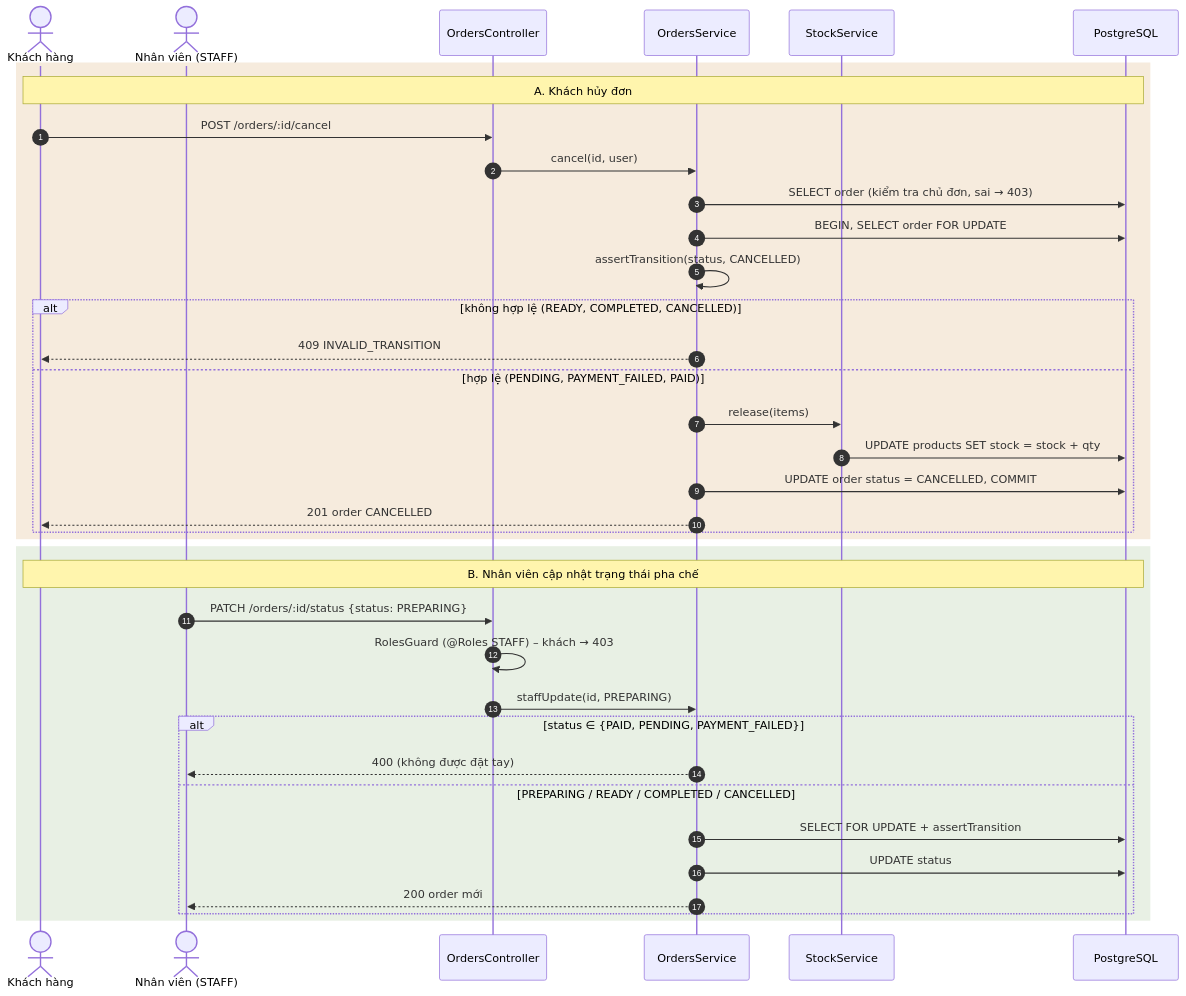
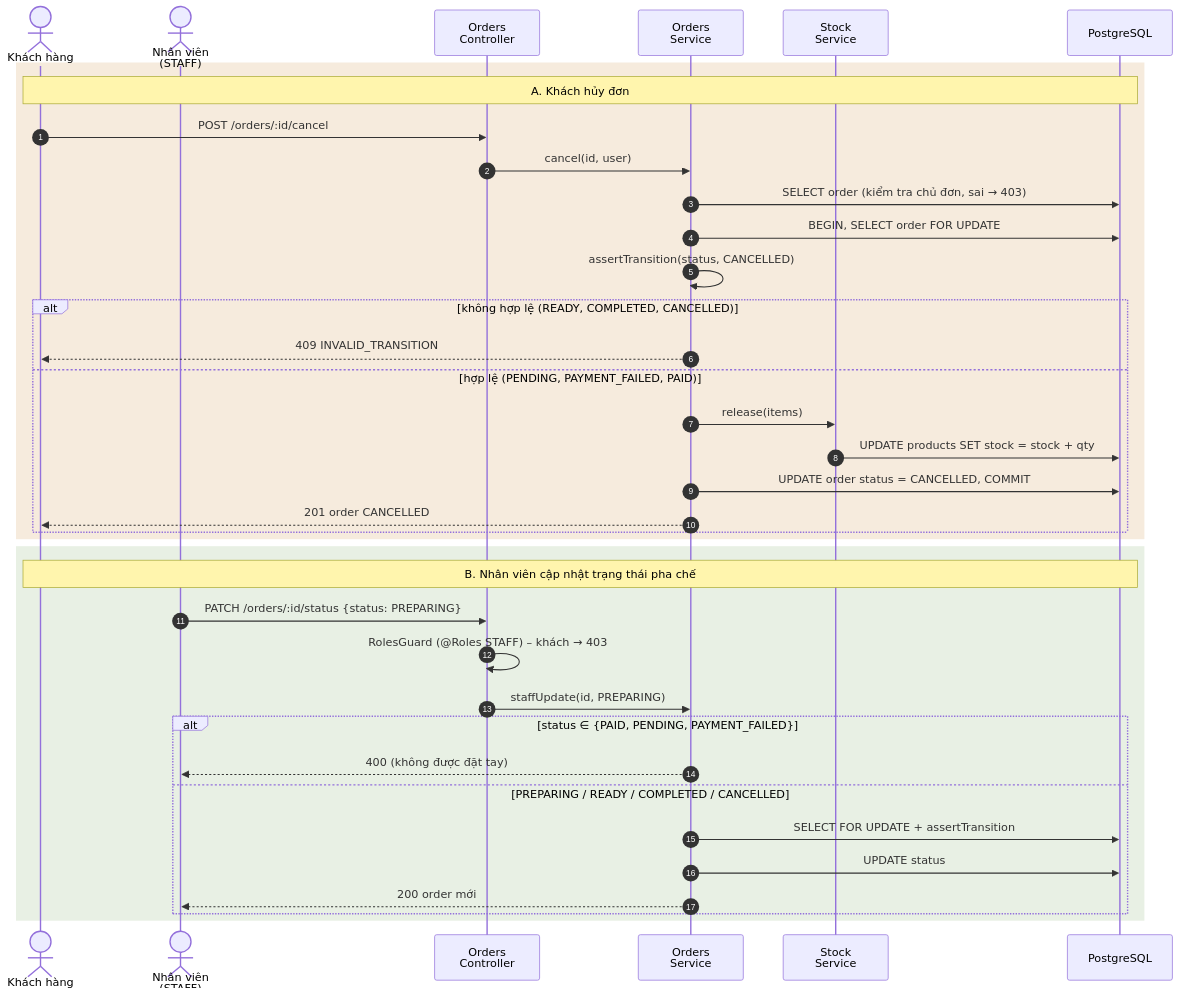
One commit to kaiqwwp/brewlite changed the diagram in report/diagrams/seq-cancel.mmd. Above: the diagram before and after it, drawn with Mermaid. The commit also changed 45 other files, not shown here.

First line of the commit message:
Docs: diagrams portrait, fill report info, centered cover

```diff
--- a/report/diagrams/seq-cancel.mmd
+++ b/report/diagrams/seq-cancel.mmd
@@ -1,37 +1,37 @@
 sequenceDiagram
   autonumber
   actor KH as Khách hàng
-  actor NV as Nhân viên (STAFF)
-  participant OC as OrdersController
-  participant OS as OrdersService
-  participant ST as StockService
+  actor NV as Nhân viên<br/>(STAFF)
+  participant OC as Orders<br/>Controller
+  participant OS as Orders<br/>Service
+  participant ST as Stock<br/>Service
   participant DB as PostgreSQL
   rect rgb(246,235,221)
   Note over KH,DB: A. Khách hủy đơn
   KH->>OC: POST /orders/:id/cancel
   OC->>OS: cancel(id, user)
   OS->>DB: SELECT order (kiểm tra chủ đơn, sai → 403)
   OS->>DB: BEGIN, SELECT order FOR UPDATE
   OS->>OS: assertTransition(status, CANCELLED)
   alt không hợp lệ (READY, COMPLETED, CANCELLED)
     OS-->>KH: 409 INVALID_TRANSITION
   else hợp lệ (PENDING, PAYMENT_FAILED, PAID)
     OS->>ST: release(items)
     ST->>DB: UPDATE products SET stock = stock + qty
     OS->>DB: UPDATE order status = CANCELLED, COMMIT
     OS-->>KH: 201 order CANCELLED
   end
   end
   rect rgb(232,240,228)
   Note over KH,DB: B. Nhân viên cập nhật trạng thái pha chế
   NV->>OC: PATCH /orders/:id/status {status: PREPARING}
   OC->>OC: RolesGuard (@Roles STAFF) – khách → 403
   OC->>OS: staffUpdate(id, PREPARING)
   alt status ∈ {PAID, PENDING, PAYMENT_FAILED}
     OS-->>NV: 400 (không được đặt tay)
   else PREPARING / READY / COMPLETED / CANCELLED
     OS->>DB: SELECT FOR UPDATE + assertTransition
     OS->>DB: UPDATE status
     OS-->>NV: 200 order mới
   end
   end
```
